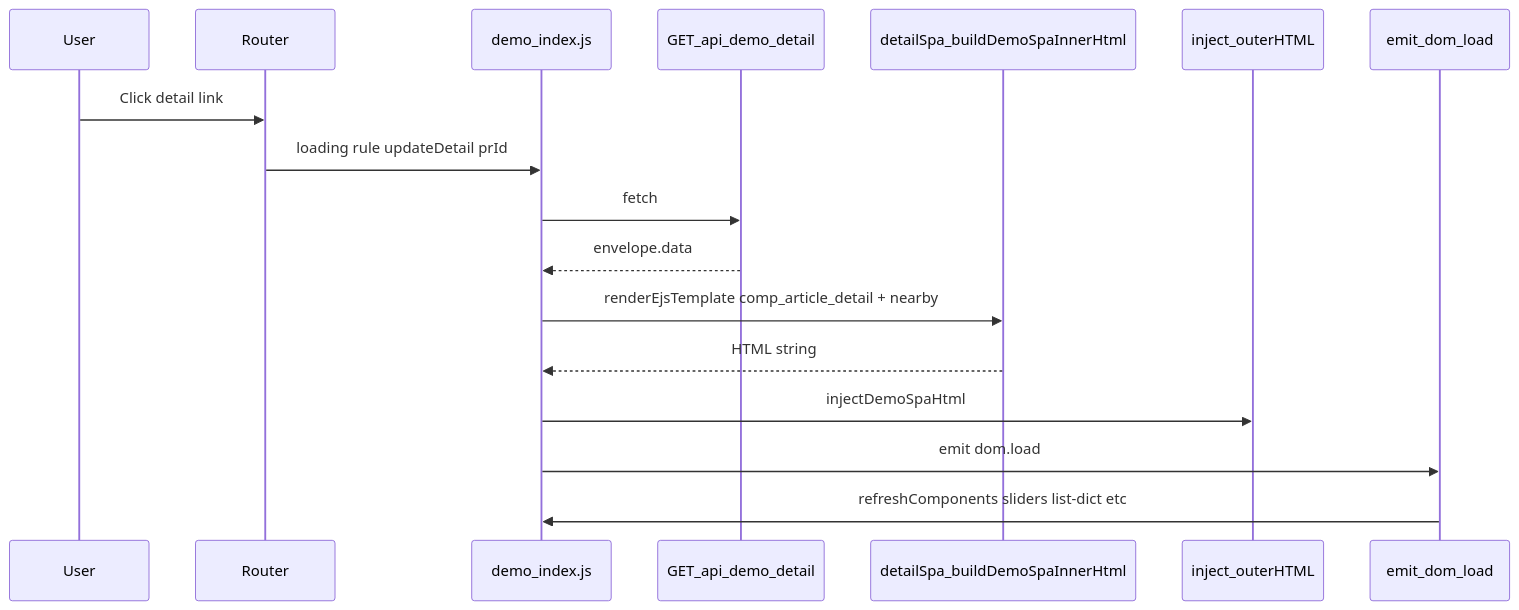
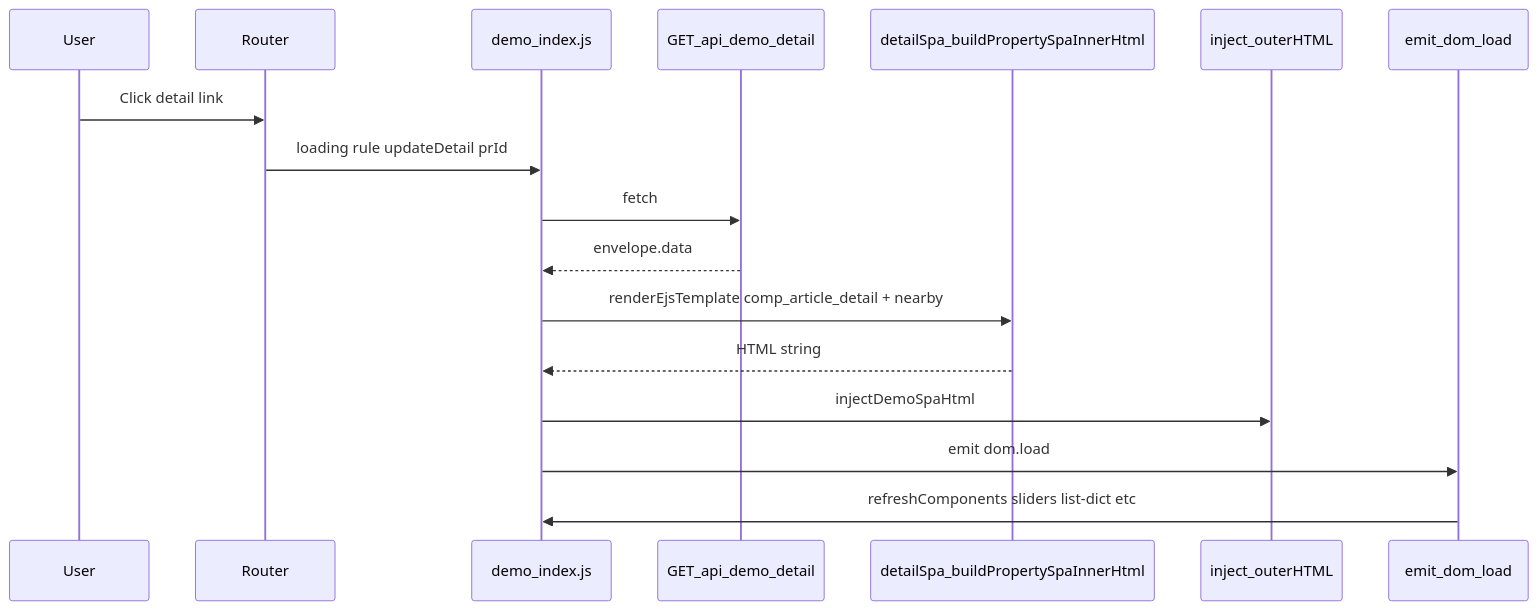
One commit to shishiv30/pure changed the sixth of 8 diagrams in docs/client-js-lifecycle.md. Above: the diagram before and after it, drawn with Mermaid. The commit also changed other lines of this file and 111 other files, not shown here.

First line of the commit message:
Rename demo listing to /property and deploy to llmwikil.com

````diff
--- a/docs/client-js-lifecycle.md
+++ b/docs/client-js-lifecycle.md
@@ -195,20 +195,20 @@
 ```mermaid
 sequenceDiagram
 	participant User
 	participant Router
 	participant Index as demo_index.js
 	participant API as GET_api_demo_detail
-	participant EJS as detailSpa_buildDemoSpaInnerHtml
+	participant EJS as detailSpa_buildPropertySpaInnerHtml
 	participant DOM as inject_outerHTML
 	participant Ev as emit_dom_load
 
 	User->>Router: Click detail link
 	Router->>Index: loading rule updateDetail prId
 	Index->>API: fetch
 	API-->>Index: envelope.data
 	Index->>EJS: renderEjsTemplate comp_article_detail + nearby
 	EJS-->>Index: HTML string
 	Index->>DOM: injectDemoSpaHtml
 	Index->>Ev: emit dom.load
 	Ev->>Index: refreshComponents sliders list-dict etc
 ```
````
